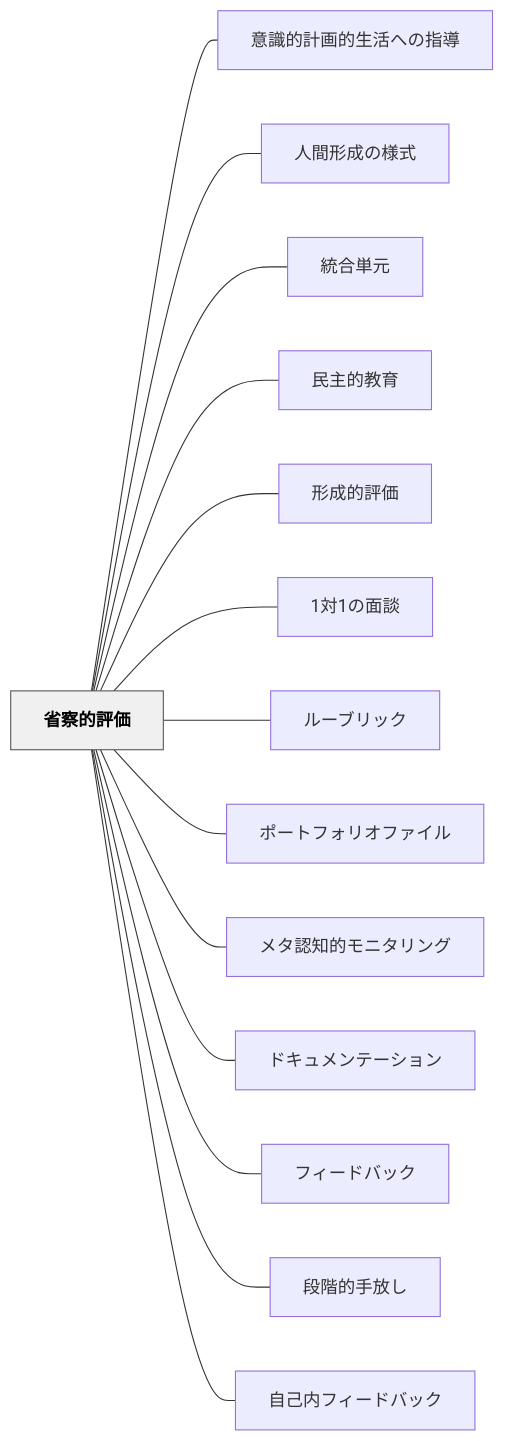
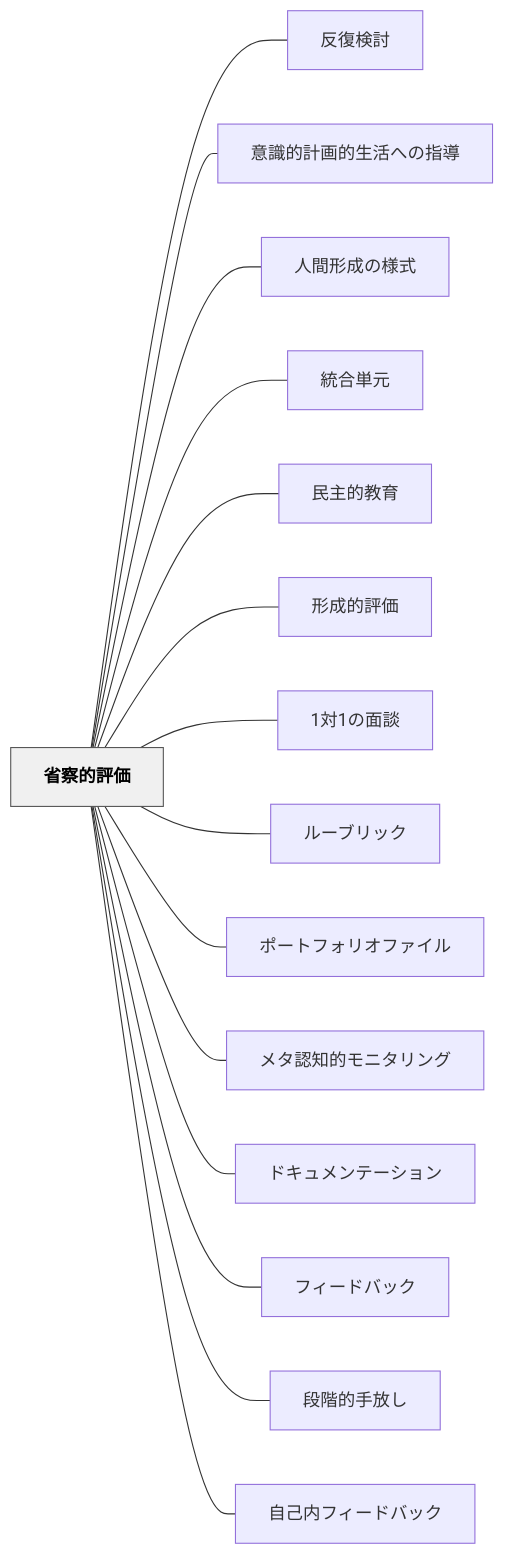
Before and after one commit to unknownthings-ed-patterns/unknownthings-ed-patterns: the diagram in content/パタン/省察的評価.md, drawn with Mermaid. The commit also changed other lines of this file and 47 other files, not shown here.

````diff
--- a/content/パタン/省察的評価.md
+++ b/content/パタン/省察的評価.md
@@ -210,34 +211,36 @@
 ```mermaid
 flowchart LR
     ne79c81e5af9f["省察的評価"]
+    ne58f8de5bea9["反復検討"]
     ne6848fe8ad98["意識的計画的生活への指導"]
     ne4babae99693["人間形成の様式"]
     ne7b5b1e59088["統合単元"]
     ne6b091e4b8bb["民主的教育"]
     ne5bda2e68890["形成的評価"]
     n31e5afbe31e3["1対1の面談"]
     ne383abe383bc["ルーブリック"]
     ne3839de383bc["ポートフォリオファイル"]
     ne383a1e382bf["メタ認知的モニタリング"]
     ne38389e382ad["ドキュメンテーション"]
     ne38395e382a3["フィードバック"]
     ne6aeb5e99a8e["段階的手放し"]
     ne887aae5b7b1["自己内フィードバック"]
 
+    ne79c81e5af9f --- ne58f8de5bea9
     ne79c81e5af9f --- ne6848fe8ad98
     ne79c81e5af9f --- ne4babae99693
     ne79c81e5af9f --- ne7b5b1e59088
     ne79c81e5af9f --- ne6b091e4b8bb
     ne79c81e5af9f --- ne5bda2e68890
     ne79c81e5af9f --- n31e5afbe31e3
     ne79c81e5af9f --- ne383abe383bc
     ne79c81e5af9f --- ne3839de383bc
     ne79c81e5af9f --- ne383a1e382bf
     ne79c81e5af9f --- ne38389e382ad
     ne79c81e5af9f --- ne38395e382a3
     ne79c81e5af9f --- ne6aeb5e99a8e
     ne79c81e5af9f --- ne887aae5b7b1
 
     classDef hub fill:#f0f0f0,stroke:#555,color:#000,font-weight:bold
     class ne79c81e5af9f hub
 ```
````
